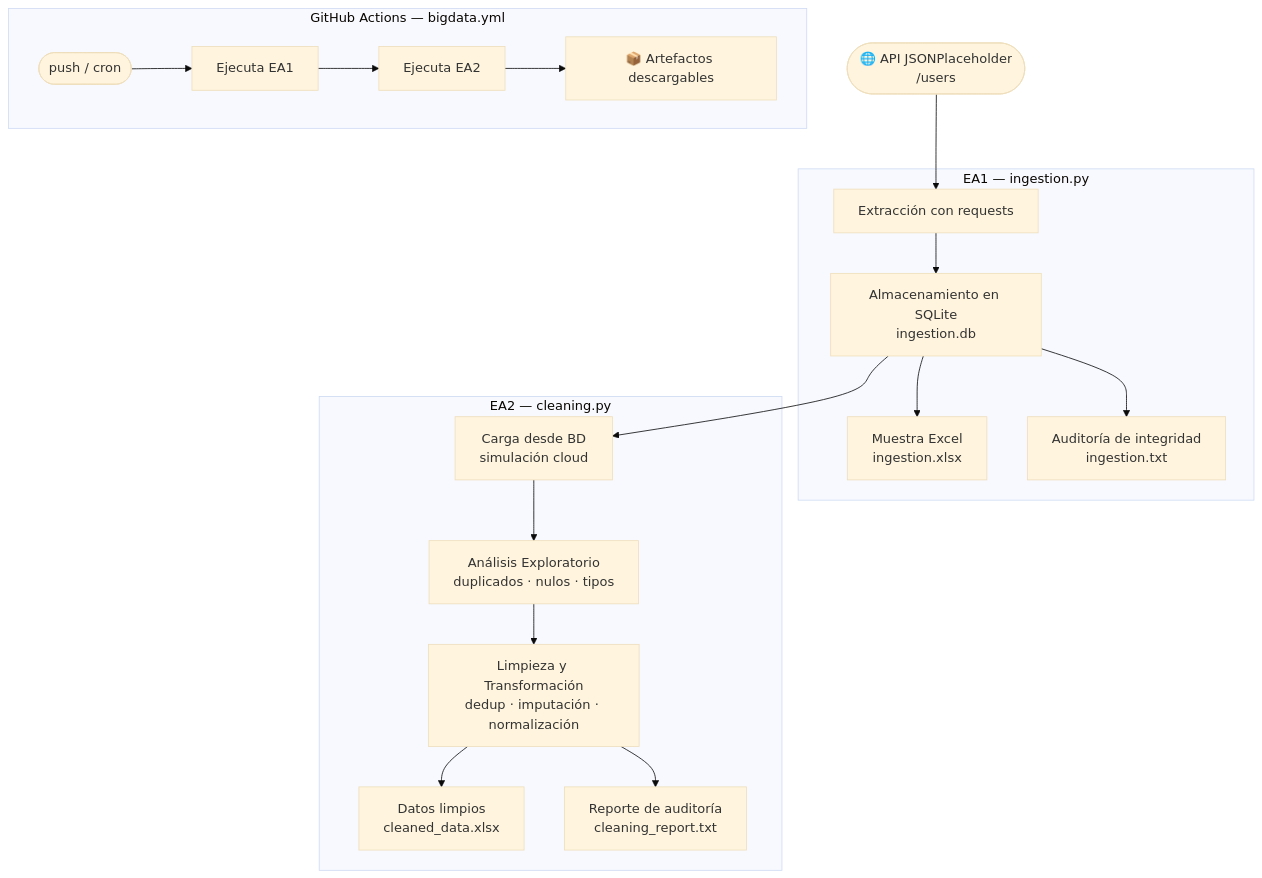
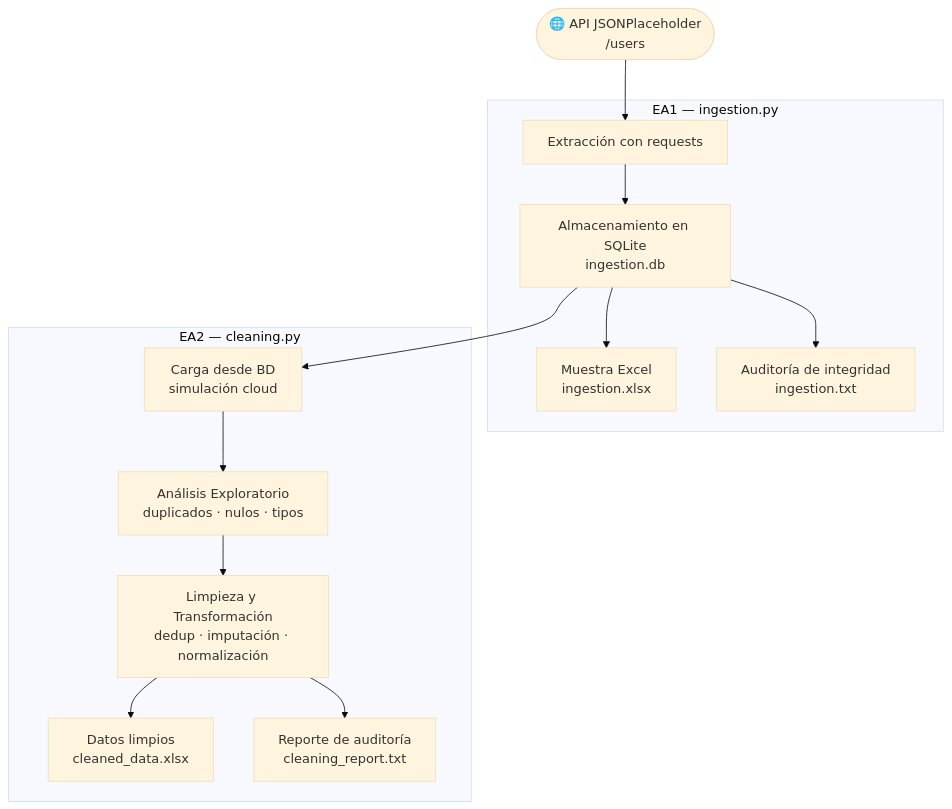
The diagram in README.md (CesarPuentes/EA1-Ingesti-n-de-Datos-desde-un-API), drawn with Mermaid (base theme) before and after one commit.

````diff
--- a/README.md
+++ b/README.md
@@ -7,23 +7,20 @@
 ```mermaid
 flowchart TD
     A([🌐 API JSONPlaceholder\n/users]) --> B
 
     subgraph EA1["EA1 — ingestion.py"]
         B[Extracción con requests] --> C[Almacenamiento en SQLite\ningestion.db]
         C --> D[Muestra Excel\ningestion.xlsx]
         C --> E[Auditoría de integridad\ningestion.txt]
     end
 
     subgraph EA2["EA2 — cleaning.py"]
         C --> F[Carga desde BD\nsimulación cloud]
         F --> G[Análisis Exploratorio\nduplicados · nulos · tipos]
         G --> H[Limpieza y Transformación\ndedup · imputación · normalización]
         H --> I[Datos limpios\ncleaned_data.xlsx]
         H --> J[Reporte de auditoría\ncleaning_report.txt]
     end
 
-    subgraph GH["GitHub Actions — bigdata.yml"]
-        direction LR
-        K([push / cron]) --> L[Ejecuta EA1] --> M[Ejecuta EA2] --> N[📦 Artefactos descargables]
-    end
+
 ```
````
